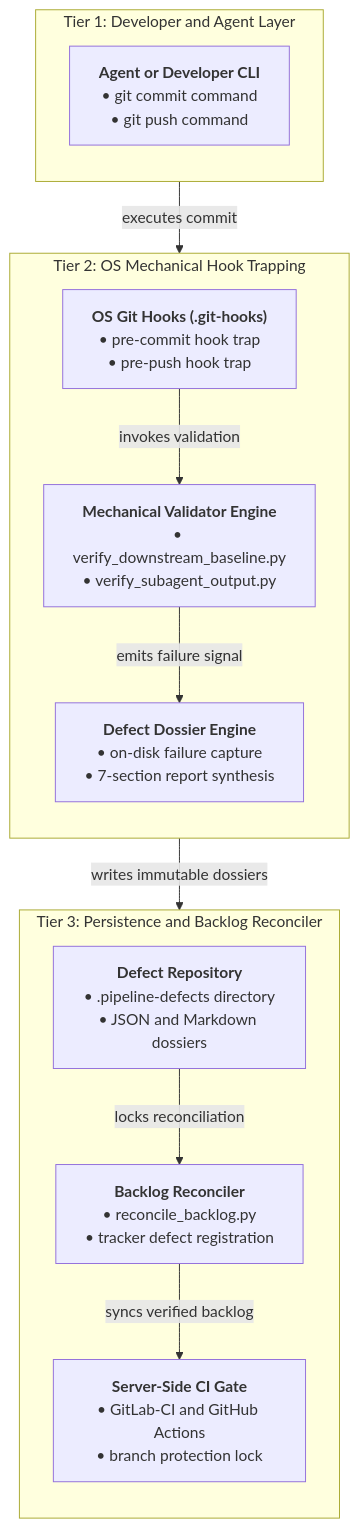
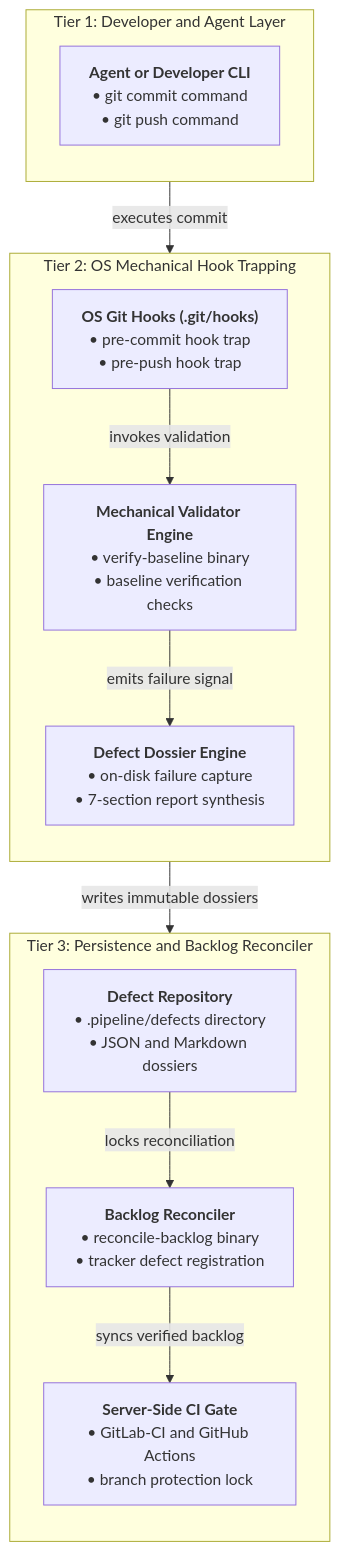
One commit to gintatkinson/DEAP01-spec-core changed the first of 3 diagrams in docs/architecture/FAIL_SAFE_MECHANICAL_GATE_ENFORCEMENT_ARCHITECTURE.md. Above: the diagram before and after it, drawn with Mermaid. The commit also changed other lines of this file and 14 other files, not shown here.

````diff
--- a/docs/architecture/FAIL_SAFE_MECHANICAL_GATE_ENFORCEMENT_ARCHITECTURE.md
+++ b/docs/architecture/FAIL_SAFE_MECHANICAL_GATE_ENFORCEMENT_ARCHITECTURE.md
@@ -88,28 +88,28 @@
 ```mermaid
 flowchart TD
     subgraph Tier1 ["Tier 1: Developer and Agent Layer"]
         direction TB
         DevEnv["<b>Agent or Developer CLI</b><br/>• git commit command<br/>• git push command"]
     end
 
     subgraph Tier2 ["Tier 2: OS Mechanical Hook Trapping"]
         direction TB
-        GitHook["<b>OS Git Hooks (.git-hooks)</b><br/>• pre-commit hook trap<br/>• pre-push hook trap"]
-        ValEngine["<b>Mechanical Validator Engine</b><br/>• verify_downstream_baseline.py<br/>• verify_subagent_output.py"]
+        GitHook["<b>OS Git Hooks (.git/hooks)</b><br/>• pre-commit hook trap<br/>• pre-push hook trap"]
+        ValEngine["<b>Mechanical Validator Engine</b><br/>• verify-baseline binary<br/>• baseline verification checks"]
         DefectEngine["<b>Defect Dossier Engine</b><br/>• on-disk failure capture<br/>• 7-section report synthesis"]
     end
 
     subgraph Tier3 ["Tier 3: Persistence and Backlog Reconciler"]
         direction TB
-        DiskDefects["<b>Defect Repository</b><br/>• .pipeline-defects directory<br/>• JSON and Markdown dossiers"]
-        Reconciler["<b>Backlog Reconciler</b><br/>• reconcile_backlog.py<br/>• tracker defect registration"]
+        DiskDefects["<b>Defect Repository</b><br/>• .pipeline/defects directory<br/>• JSON and Markdown dossiers"]
+        Reconciler["<b>Backlog Reconciler</b><br/>• reconcile-backlog binary<br/>• tracker defect registration"]
         RemoteCI["<b>Server-Side CI Gate</b><br/>• GitLab-CI and GitHub Actions<br/>• branch protection lock"]
     end
 
     DevEnv -->|"executes commit"| GitHook
     GitHook -->|"invokes validation"| ValEngine
     ValEngine -->|"emits failure signal"| DefectEngine
     DefectEngine -->|"writes immutable dossiers"| DiskDefects
     DiskDefects -->|"locks reconciliation"| Reconciler
     Reconciler -->|"syncs verified backlog"| RemoteCI
 ```
````
